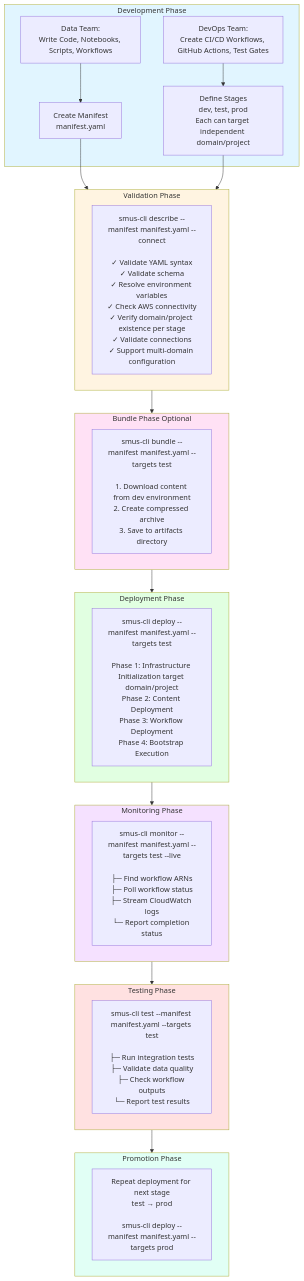
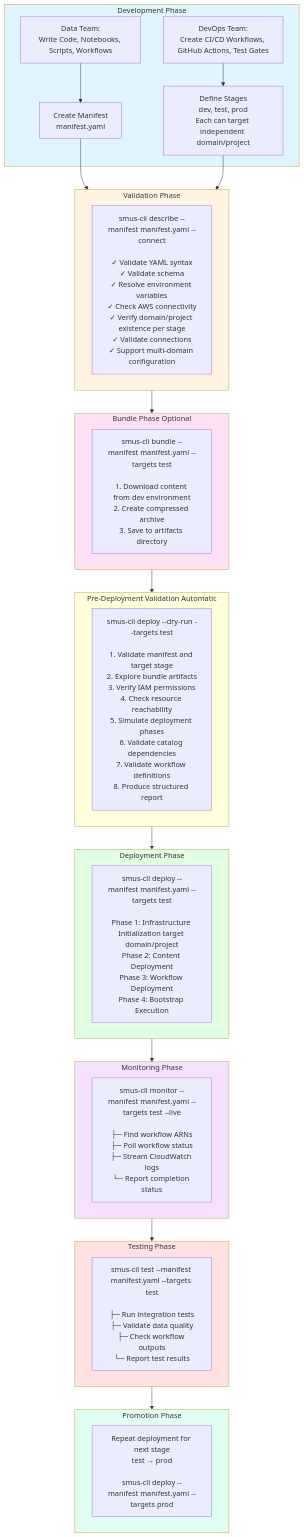
One commit to vasu2856/CICD-for-SageMakerUnifiedStudio-public changed the seventh of 16 diagrams in docs/architecture.md. Above: the diagram before and after it, drawn with Mermaid. The commit also changed other lines of this file and 54 other files, not shown here.

First line of the commit message:
feat(dry-run): add deploy dry-run validation engine with comprehensive checkers

````diff
--- a/docs/architecture.md
+++ b/docs/architecture.md
@@ -484,54 +502,60 @@
 ```mermaid
 graph TB
     subgraph Development[Development Phase]
         DataTeam[Data Team:<br/>Write Code, Notebooks, Scripts, Workflows]
         DevOpsTeam[DevOps Team:<br/>Create CI/CD Workflows, GitHub Actions, Test Gates]
         DataTeam --> Manifest[Create Manifest<br/>manifest.yaml]
         DevOpsTeam --> Stages[Define Stages<br/>dev, test, prod<br/>Each can target independent domain/project]
     end
     
     Manifest --> Validation
     Stages --> Validation
     
     subgraph Validation[Validation Phase]
         Validate[smus-cli describe --manifest manifest.yaml --connect<br/><br/>✓ Validate YAML syntax<br/>✓ Validate schema<br/>✓ Resolve environment variables<br/>✓ Check AWS connectivity<br/>✓ Verify domain/project existence per stage<br/>✓ Validate connections<br/>✓ Support multi-domain configuration]
     end
     
     Validation --> Bundle
     
     subgraph Bundle[Bundle Phase Optional]
         BundleOp[smus-cli bundle --manifest manifest.yaml --targets test<br/><br/>1. Download content from dev environment<br/>2. Create compressed archive<br/>3. Save to artifacts directory]
     end
     
-    Bundle --> Deploy
+    Bundle --> DryRun
+    
+    subgraph DryRun[Pre-Deployment Validation Automatic]
+        DryRunOp[smus-cli deploy --dry-run --targets test<br/><br/>1. Validate manifest and target stage<br/>2. Explore bundle artifacts<br/>3. Verify IAM permissions<br/>4. Check resource reachability<br/>5. Simulate deployment phases<br/>6. Validate catalog dependencies<br/>7. Validate workflow definitions<br/>8. Produce structured report]
+    end
+    
+    DryRun --> Deploy
     
     subgraph Deploy[Deployment Phase]
         DeployOp[smus-cli deploy --manifest manifest.yaml --targets test<br/><br/>Phase 1: Infrastructure Initialization target domain/project<br/>Phase 2: Content Deployment<br/>Phase 3: Workflow Deployment<br/>Phase 4: Bootstrap Execution]
     end
     
     Deploy --> Monitor
     
     subgraph Monitor[Monitoring Phase]
         MonitorOp[smus-cli monitor --manifest manifest.yaml --targets test --live<br/><br/>├─ Find workflow ARNs<br/>├─ Poll workflow status<br/>├─ Stream CloudWatch logs<br/>└─ Report completion status]
     end
     
     Monitor --> Test
     
     subgraph Test[Testing Phase]
         TestOp[smus-cli test --manifest manifest.yaml --targets test<br/><br/>├─ Run integration tests<br/>├─ Validate data quality<br/>├─ Check workflow outputs<br/>└─ Report test results]
     end
     
     Test --> Promote
     
     subgraph Promote[Promotion Phase]
         PromoteOp[Repeat deployment for next stage<br/>test → prod<br/><br/>smus-cli deploy --manifest manifest.yaml --targets prod]
     end
     
     style Development fill:#e1f5ff
     style Validation fill:#fff4e1
     style Bundle fill:#ffe1f5
     style Deploy fill:#e1ffe1
     style Monitor fill:#f5e1ff
     style Test fill:#ffe1e1
     style Promote fill:#e1fff5
 ```
````
